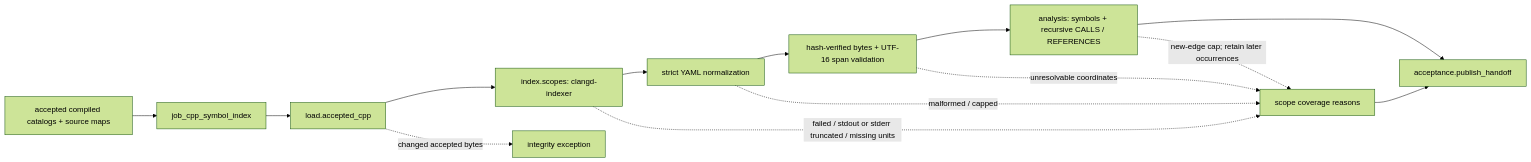
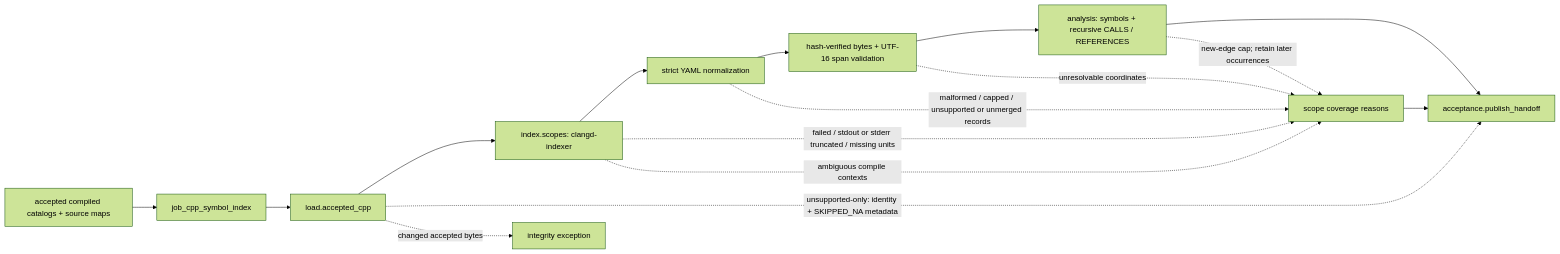
The second of 2 diagrams in docs/operations/job_cpp_symbol_index.md (wsollers/appsec-review), drawn with Mermaid (forest theme) before and after one commit. The commit also changed other lines of this file and 6 other files, not shown here.

````diff
--- a/docs/operations/job_cpp_symbol_index.md
+++ b/docs/operations/job_cpp_symbol_index.md
@@ -287,16 +306,18 @@
 ```mermaid
 flowchart LR
   cpp["accepted compiled catalogs + source maps"] --> job["job_cpp_symbol_index"]
   job --> scopes["load.accepted_cpp"]
   scopes --> run["index.scopes: clangd-indexer"]
   run --> yaml["strict YAML normalization"]
   yaml --> positions["hash-verified bytes + UTF-16 span validation"]
   positions --> facts["analysis: symbols + recursive CALLS / REFERENCES"]
   facts --> publish["acceptance.publish_handoff"]
   run -. "failed / stdout or stderr truncated / missing units" .-> gaps["scope coverage reasons"]
-  yaml -. "malformed / capped" .-> gaps
+  run -. "ambiguous compile contexts" .-> gaps
+  yaml -. "malformed / capped / unsupported or unmerged records" .-> gaps
   positions -. "unresolvable coordinates" .-> gaps
   facts -. "new-edge cap; retain later occurrences" .-> gaps
   gaps --> publish
+  scopes -. "unsupported-only: identity + SKIPPED_NA metadata" .-> publish
   scopes -. "changed accepted bytes" .-> stop["integrity exception"]
 ```
````
